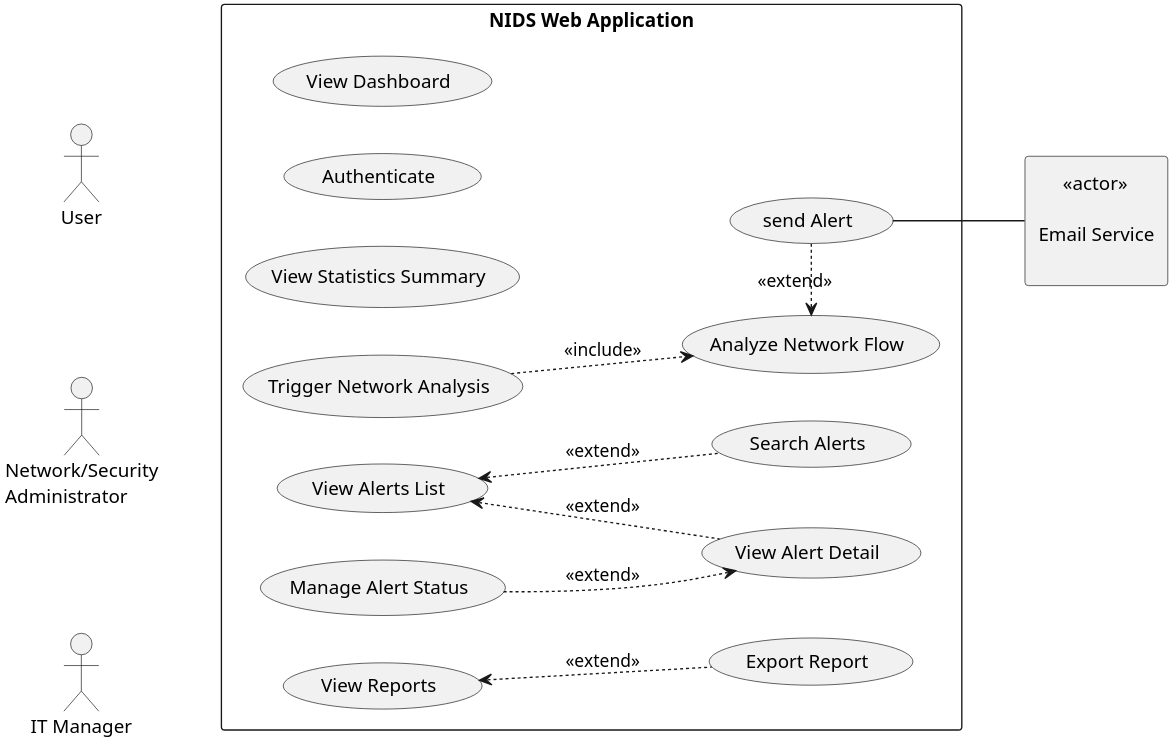
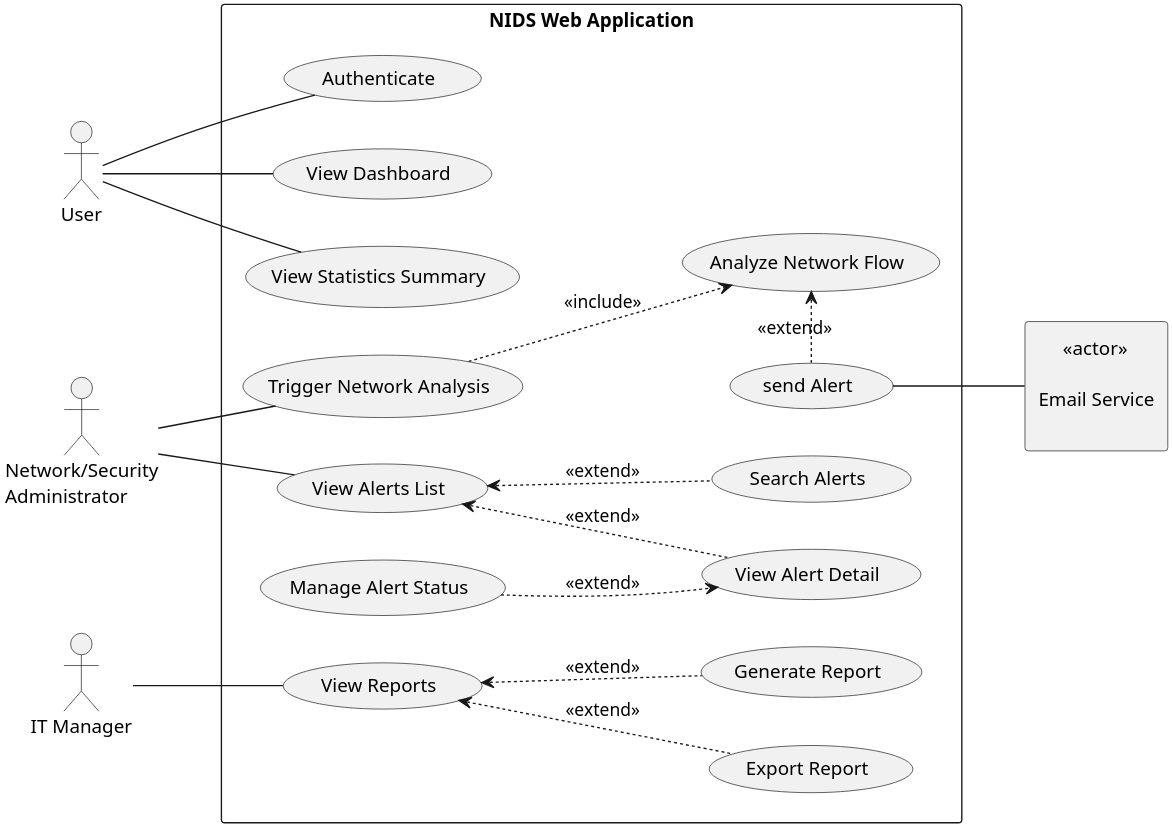
One commit to Amira-BOUAFIF/pfe-nids-report changed the diagram in diagrams/code/use-case.puml. Above: the diagram before and after it, drawn with PlantUML. The commit also changed 4 other files, not shown here.

```diff
--- a/diagrams/code/use-case.puml
+++ b/diagrams/code/use-case.puml
@@ -1,89 +1,98 @@
-@startuml Use-Case
+@startuml use-Case
 skinparam dpi 300
 left to right direction
 skinparam packageStyle rectangle
 
 
 ' ─── Left Actors ──────────────────────────────────────
 actor "User" as User
 actor "Network/Security\nAdministrator" as Admin
 actor "IT Manager"                       as ITMgr
 
 
 ' ─── System Boundary ──────────────────────────────────
 rectangle "NIDS Web Application" {
 
     usecase "Trigger Network Analysis" as UC_NET
     usecase "Analyze Network Flow" as UC_NET_FLOW
     usecase "send Alert" as UC_ALERT
 
     usecase "Authenticate" as UC_AUTH
 
 
     usecase "View Dashboard"          as UC_VIEW_DASH
     usecase "View Statistics Summary" as UC_VIEW_STATS
 
 
     usecase "View Alerts List"  as UC_ALERT_LIST
     usecase "View Alert Detail" as UC_ALERT_DETAIL
     usecase "Search Alerts" as UC_ALERT_SEARCH
     usecase  "Manage Alert Status" as UC_ALERT_STATUS
 
     usecase "View Reports"  as UC_VIEW_REPORTS
     usecase "Export Report" as UC_EXPORT_REPORT
+    usecase "Generate Report" as UC_GEN_REPORT
+    usecase "View Report" as UC_VIEW_REPORT
+
+    hide UC_VIEW_REPORT
 
 }
 
 ' ─── Right Actor ──────────────────────────────────────
 rectangle "     <<actor>>\n\nEmail Service\n" as DE
 
 UC_AUTH       -[hidden]left- UC_VIEW_DASH
 UC_VIEW_DASH  -[hidden]left- UC_VIEW_STATS
 UC_VIEW_STATS -[hidden]left- UC_NET
 
 
 UC_ALERT_LIST -[hidden]left- UC_VIEW_REPORTS
 
 ' ─── Admin + IT Manager associations ───────────────────────────────
-User -[hidden]- UC_AUTH
-User -[hidden]- UC_VIEW_DASH
-User -[hidden]- UC_VIEW_STATS
+User -- UC_AUTH
+User -- UC_VIEW_DASH
+User -- UC_VIEW_STATS
 
 ' ─── Admin associations ───────────────────────────────
-Admin -[hidden]- UC_NET
-Admin -[hidden]- UC_ALERT_LIST
+Admin -- UC_NET
+Admin -- UC_ALERT_LIST
 
 
 
 ' ─── IT Manager associations ──────────────────────────
-ITMgr -[hidden]- UC_VIEW_REPORTS
+ITMgr -- UC_VIEW_REPORTS
 
 
 
 
 ' ─── Email Service associations ───────────────────
 'UC_EXPORT_REPORT -[hidden]- DE
 
 
 UC_NET .down.> UC_NET_FLOW : <<include>>
 UC_ALERT .left.> UC_NET_FLOW : <<extend>>
 
 UC_ALERT -down- DE 
 
 UC_ALERT_SEARCH .up.> UC_ALERT_LIST : <<extend>>
 UC_ALERT_DETAIL .up.> UC_ALERT_LIST : <<extend>>
 
 UC_NET -[hidden]down- UC_ALERT
+
 UC_ALERT_STATUS .down.> UC_ALERT_DETAIL : <<extend>>
 
 UC_EXPORT_REPORT .up.> UC_VIEW_REPORTS : <<extend>>
+UC_GEN_REPORT .up.> UC_VIEW_REPORTS : <<extend>>
+
+UC_EXPORT_REPORT .[hidden]left.> UC_GEN_REPORT 
+
 
 ' ─── Relationships ────────────────────────────────────
 'UC_EXPORT_REPORT .right.> UC_VIEW_DASH : <<extend>>
 'UC_AUTH .down.> UC_VIEW_DASH : <<include>>
 
 'UC_EXPORT_REPORT .up.> UC_VIEW_DASH : <<extend>>
 'UC_EXPORT_REPORT .right.> UC_VIEW_DASH : <<extend>>
 
 'UC_ALERT_STATUS .up.> UC_ALERT_LIST : <<extend>>
 @enduml
```
